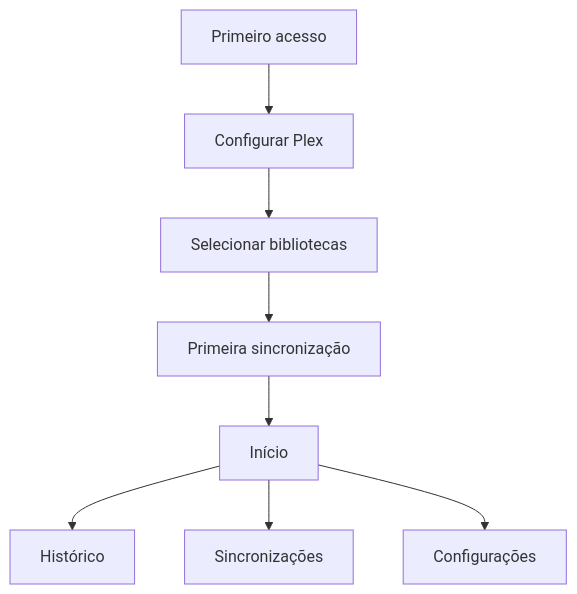
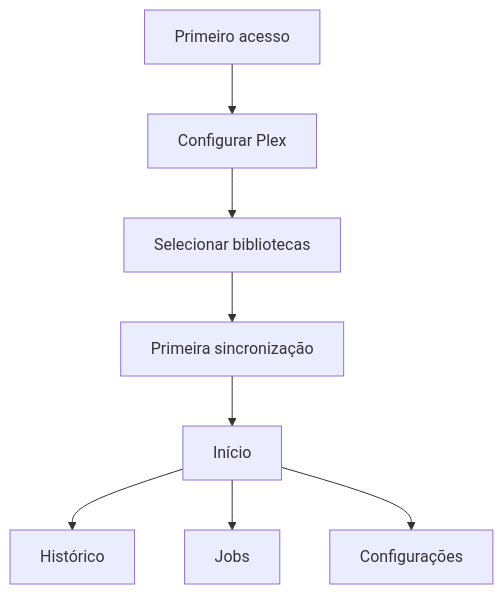
Before and after one commit to aguinaldocruz/euvieouvi: the diagram in docs/architecture/euvieouvi-v2-interface-web.md, drawn with Mermaid. The commit also changed other lines of this file and 52 other files, not shown here.

````diff
--- a/docs/architecture/euvieouvi-v2-interface-web.md
+++ b/docs/architecture/euvieouvi-v2-interface-web.md
@@ -78,10 +78,10 @@
 ```mermaid
 flowchart TB
     F["Primeiro acesso"] --> P["Configurar Plex"]
     P --> L["Selecionar bibliotecas"]
     L --> S["Primeira sincronização"]
     S --> D["Início"]
     D --> H["Histórico"]
-    D --> R["Sincronizações"]
+    D --> R["Jobs"]
     D --> C["Configurações"]
 ```
````
